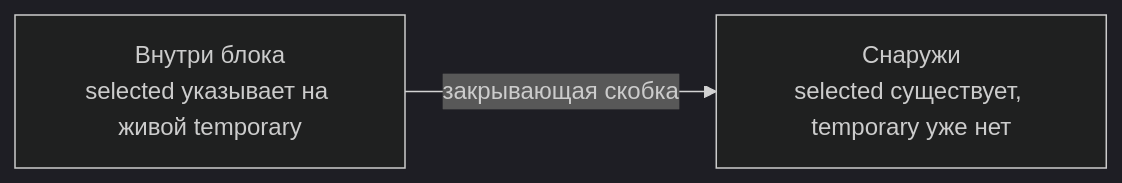
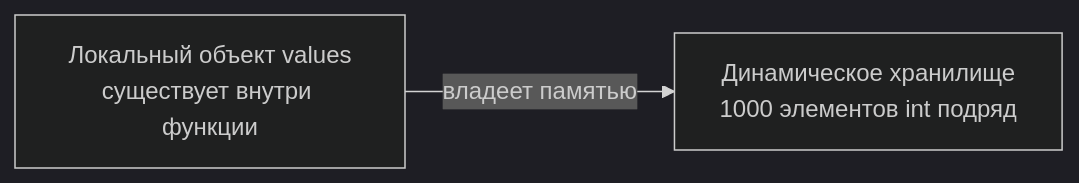
Before and after one commit to yaroslav-yarik/cpm-robotics-programming: the third of 3 diagrams in notes/cpp-algorithms/cpp/variables-and-memory.md, drawn with Mermaid (dark theme). The commit also changed other lines of this file and 1 other file, not shown here.

````diff
--- a/notes/cpp-algorithms/cpp/variables-and-memory.md
+++ b/notes/cpp-algorithms/cpp/variables-and-memory.md
@@ -91,4 +91,4 @@
 ```mermaid
 flowchart LR
-    A["Внутри блока<br/>selected указывает на живой temporary"] -->|закрывающая скобка| B["Снаружи<br/>selected существует, temporary уже нет"]
+    A["Локальный объект values<br/>существует внутри функции"] -->|владеет памятью| B["Динамическое хранилище<br/>1000 элементов int подряд"]
 ```
````
